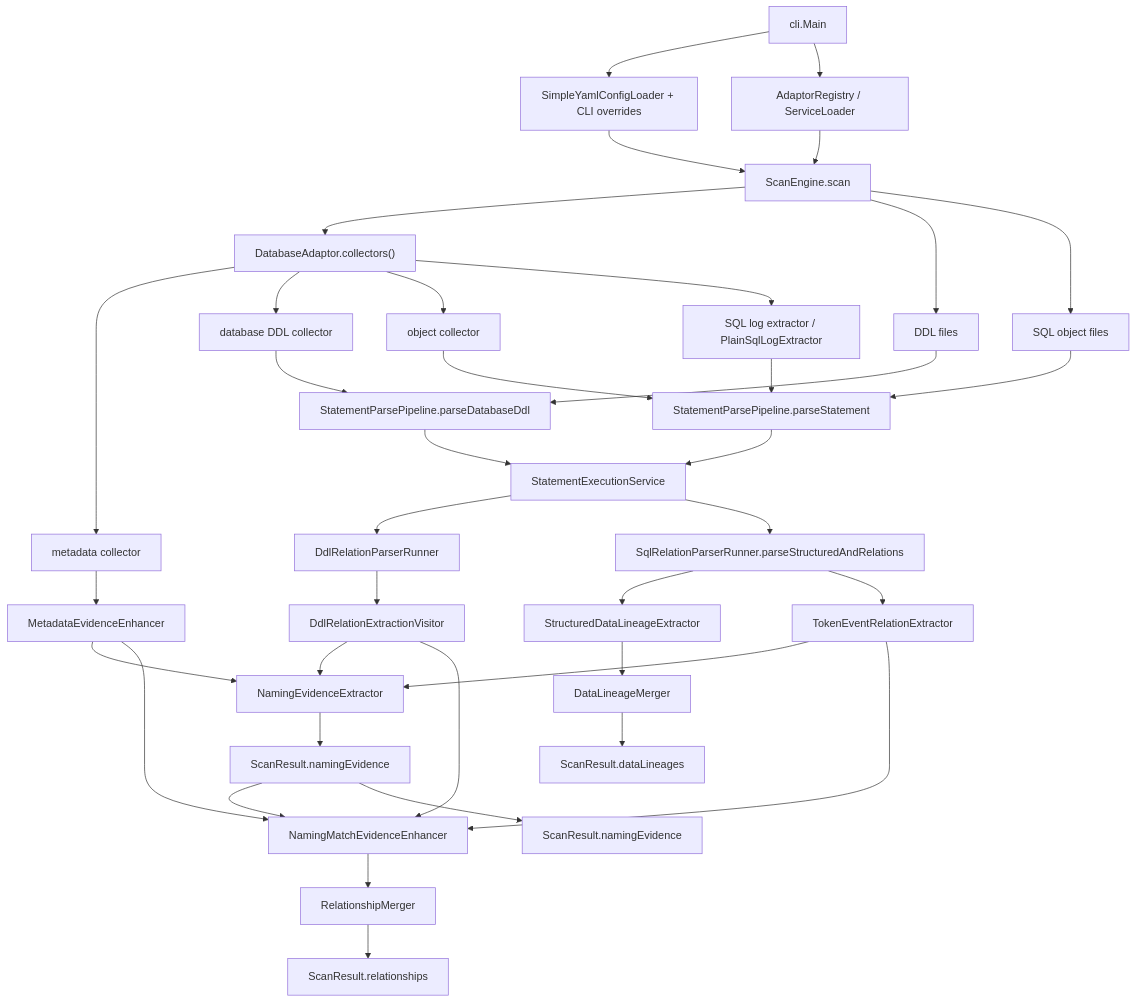
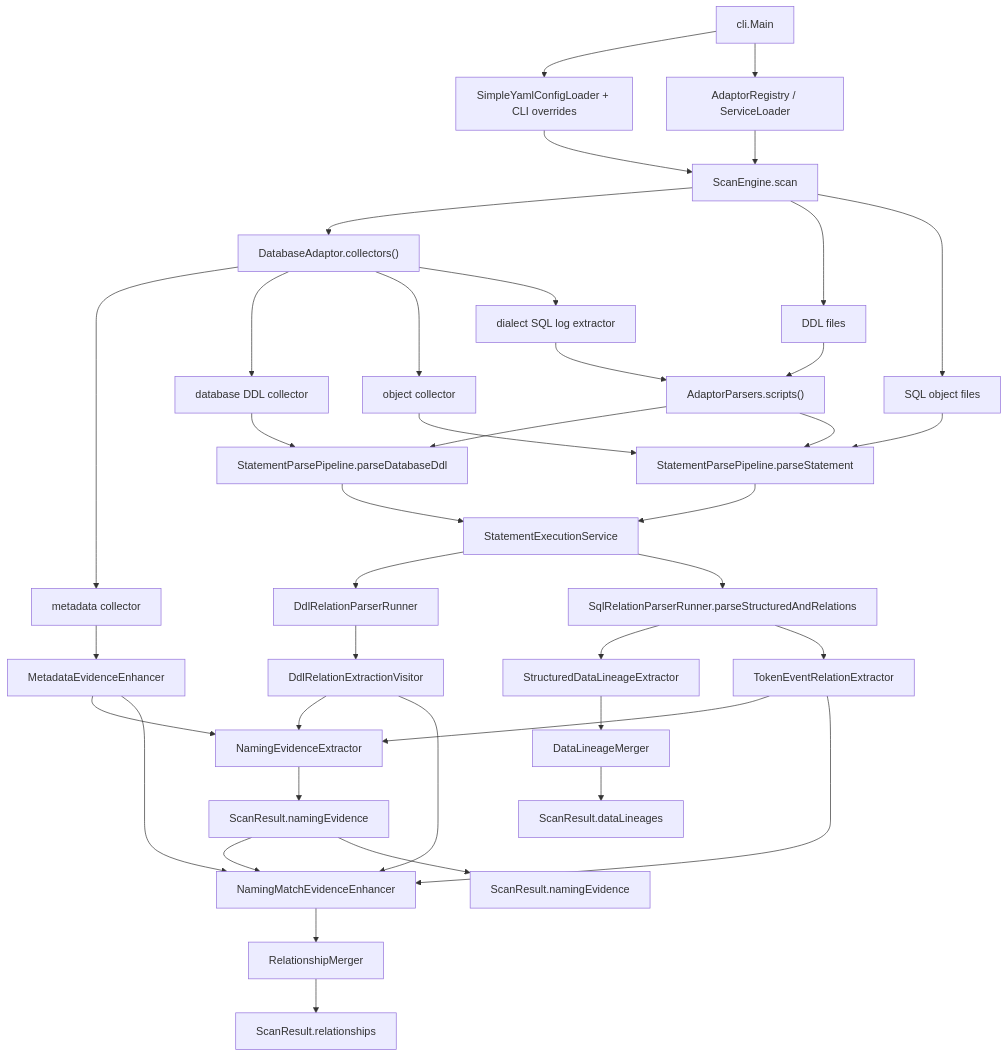
Before and after one commit to xiaoguang/relation-detector: the second of 7 diagrams in docs/design/relation-detector/phase-06-parser-enhancement.md, drawn with Mermaid. The commit also changed other lines of this file and 1571 other files, not shown here.

````diff
--- a/docs/design/relation-detector/phase-06-parser-enhancement.md
+++ b/docs/design/relation-detector/phase-06-parser-enhancement.md
@@ -314,51 +340,53 @@
 ```mermaid
 flowchart TD
   entry["cli.Main"]
   config["SimpleYamlConfigLoader + CLI overrides"]
   registry["AdaptorRegistry / ServiceLoader<DatabaseAdaptor>"]
   engine["ScanEngine.scan"]
 
   entry --> config
   entry --> registry
   config --> engine
   registry --> engine
 
   engine --> collectors["DatabaseAdaptor.collectors()"]
   collectors --> meta["metadata collector"]
   collectors --> dbDdl["database DDL collector"]
   collectors --> obj["object collector"]
-  collectors --> log["SQL log extractor / PlainSqlLogExtractor"]
+  collectors --> log["dialect SQL log extractor"]
+  log --> scripts["AdaptorParsers.scripts()"]
   engine --> fileDdl["DDL files"]
+  fileDdl --> scripts
   engine --> objectFiles["SQL object files"]
 
   meta --> enhancer["MetadataEvidenceEnhancer"]
   dbDdl --> ddlSafe["StatementParsePipeline.parseDatabaseDdl"]
-  fileDdl --> ddlSafe
+  scripts --> ddlSafe
   obj --> sqlSafe["StatementParsePipeline.parseStatement"]
   objectFiles --> sqlSafe
-  log --> sqlSafe
+  scripts --> sqlSafe
 
   ddlSafe --> statementService["StatementExecutionService"]
   sqlSafe --> statementService
   statementService --> ddlRunner["DdlRelationParserRunner"]
   statementService --> sqlParsed["SqlRelationParserRunner.parseStructuredAndRelations"]
 
   sqlParsed --> lineageExtractor["StructuredDataLineageExtractor"]
   sqlParsed --> relationExtractor["TokenEventRelationExtractor"]
   ddlRunner --> ddlExtractor["DdlRelationExtractionVisitor"]
 
   enhancer --> namingExtractor["NamingEvidenceExtractor"]
   relationExtractor --> namingExtractor
   ddlExtractor --> namingExtractor
   namingExtractor --> namingPool["ScanResult.namingEvidence"]
   namingPool --> namingEnhancer["NamingMatchEvidenceEnhancer"]
   relationExtractor --> namingEnhancer
   ddlExtractor --> namingEnhancer
   enhancer --> namingEnhancer
   namingEnhancer --> relMerge["RelationshipMerger"]
   lineageExtractor --> lineageMerge["DataLineageMerger"]
 
   relMerge --> result["ScanResult.relationships"]
   lineageMerge --> result2["ScanResult.dataLineages"]
   namingPool --> result3["ScanResult.namingEvidence"]
 ```
````
